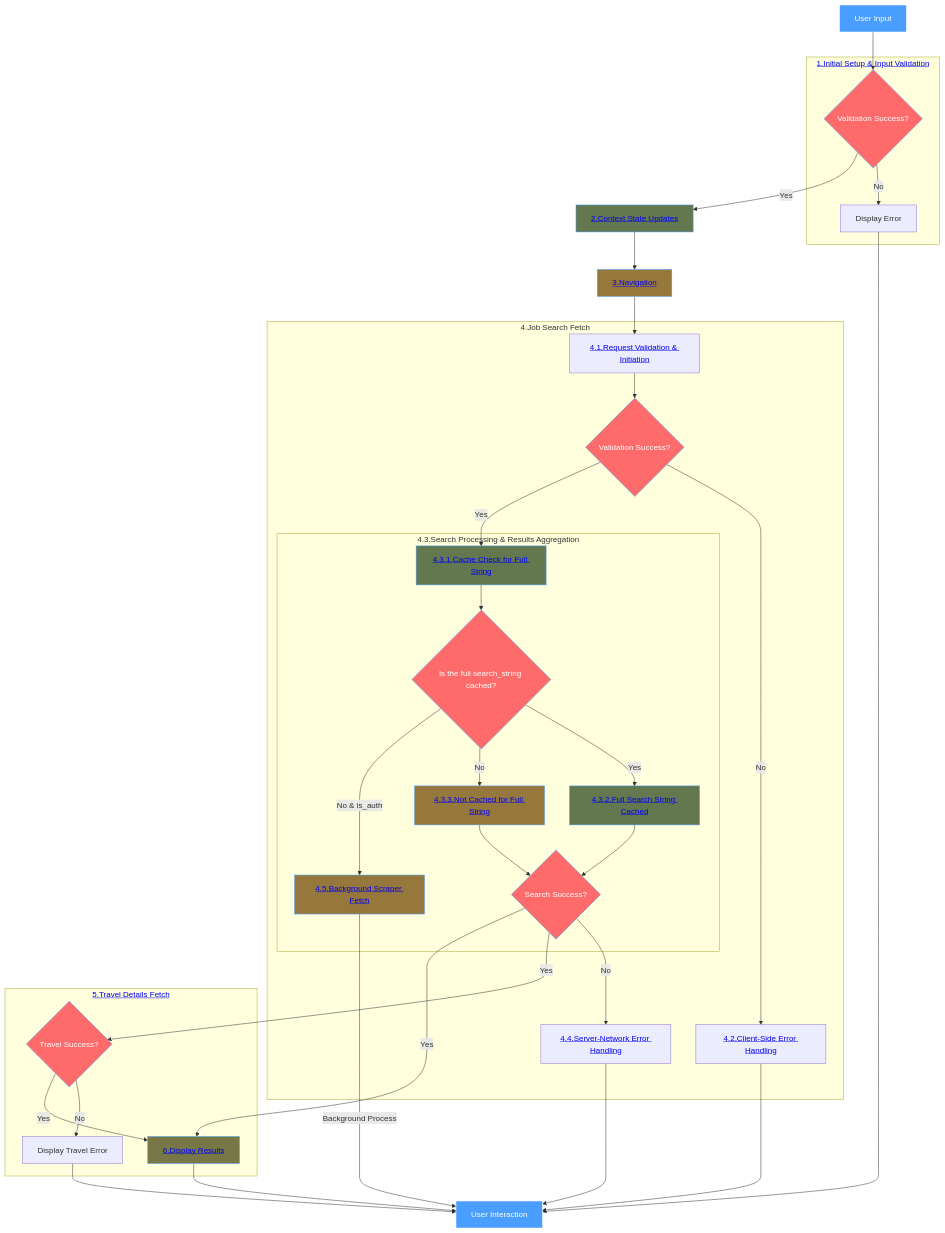
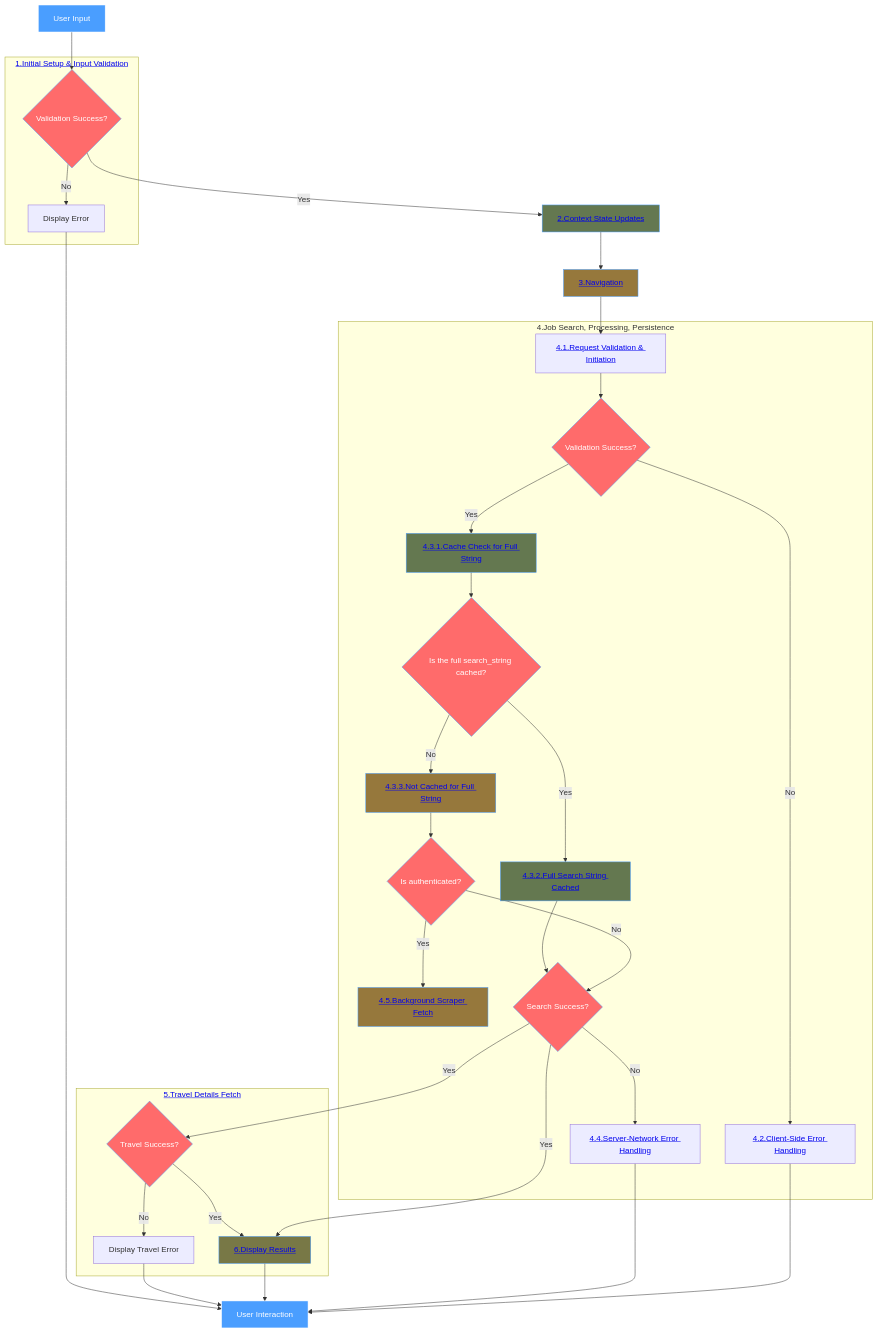
One commit to YahyaAl-Ademi/2025.10.23-JobCompass changed the diagram in documentation/jobFetch/_JobFetchFlowchart.md. Above: the diagram before and after it, drawn with Mermaid. The commit also changed 2 other files, not shown here.

Commit message:
docs: update job fetch flowchart and documentation for clarity on phases and navigation

````diff
--- a/documentation/jobFetch/_JobFetchFlowchart.md
+++ b/documentation/jobFetch/_JobFetchFlowchart.md
@@ -16,59 +16,59 @@
 ```mermaid
 flowchart TD
     A[User Input] --> B{Validation Success?}
     subgraph Validation["<a href='./1.Initial%20Setup%20&%20Input%20Validation.md'>1.Initial Setup & Input Validation</a>"]
     B -->|No| C[Display Error]
     end
     B -->|Yes| D["<a href='./2.Context%20State%20Updates.md'>2.Context State Updates</a>"]
     D --> E["<a href='./3.Navigation.md'>3.Navigation</a>"]
     E --> F["<a href='./4.1.Request%20Validation%20&%20Initiation.md'>4.1.Request Validation & Initiation</a>"]
 
-    subgraph JobSearch[4.Job Search Fetch]
+    subgraph JobSearch["4.Job Search, Processing, Persistence"]
         F --> G{Validation Success?}
         G -->|No| H["<a href='./4.2.Client-Side%20Error%20Handling.md'>4.2.Client-Side Error Handling</a>"]
         G -->|Yes| Q["<a href='./4.3.1.Cache%20Check%20for%20Full%20String.md'>4.3.1.Cache Check for Full String</a>"]
 
-        subgraph SearchProcessing["4.3.Search Processing & Results Aggregation"]
             Q --> Q2{Is the full search_string cached?}
             Q2 -->|Yes| R["<a href='./4.3.2.Full%20Search%20String%20Cached.md'>4.3.2.Full Search String Cached</a>"]
             Q2 -->|No| S["<a href='./4.3.3.Not%20Cached%20for%20Full%20String.md'>4.3.3.Not Cached for Full String</a>"]
 
-            Q2 -->|No & is_auth| T["<a href='./4.5.Background%20Scraper%20Fetch.md'>4.5.Background Scraper Fetch</a>"]
+            S --> S2{Is authenticated?}
+            S2 -->|Yes| T["<a href='./4.5.Background%20Scraper%20Fetch.md'>4.5.Background Scraper Fetch</a>"]
+            S2 -->|No| L
 
             R --> L{Search Success?}
-            S --> L
-        end
 
         L -->|No| J["<a href='./4.4.Server-Network%20Error%20Handling.md'>4.4.Server-Network Error Handling</a>"]
     end
 
     H --> P[User Interaction]
     J --> P
     L -->|Yes| M{Travel Success?}
     L -->|Yes| O["<a href='./6.Display%20Results.md'>6.Display Results</a>"]
 
     subgraph TravelDetails["<a href='./5.Travel%20Details%20Fetch.md'>5.Travel Details Fetch</a>"]
         M -->|No| N[Display Travel Error]
         M -->|Yes| O
     end
 
     O --> P[User Interaction]
     N --> P
     C --> P
-    T -->|Background Process| P
+    T
 
     style A fill:#4a9eff,stroke:#fff,color:#fff
     style B fill:#ff6b6b,stroke:#4a9eff,color:#fff
     style D fill:#647850,stroke:#4a9eff,color:#fff
     style E fill:#96783c,stroke:#4a9eff,color:#fff
     style G fill:#ff6b6b,stroke:#4a9eff,color:#fff
     style Q fill:#647850,stroke:#4a9eff,color:#fff
     style Q2 fill:#ff6b6b,stroke:#4a9eff,color:#fff
     style R fill:#647850,stroke:#4a9eff,color:#fff
     style S fill:#96783c,stroke:#4a9eff,color:#fff
+    style S2 fill:#ff6b6b,stroke:#4a9eff,color:#fff
     style T fill:#96783c,stroke:#4a9eff,color:#fff
     style M fill:#ff6b6b,stroke:#4a9eff,color:#fff
     style O fill:#787846,stroke:#4a9eff,color:#fff
     style P fill:#4a9eff,stroke:#fff,color:#fff
     style L fill:#ff6b6b,stroke:#4a9eff,color:#fff
 ```
````
